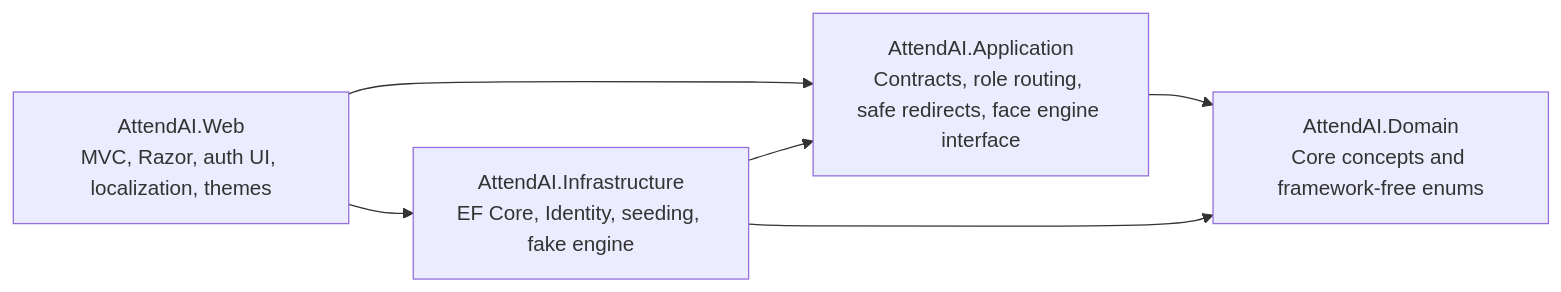
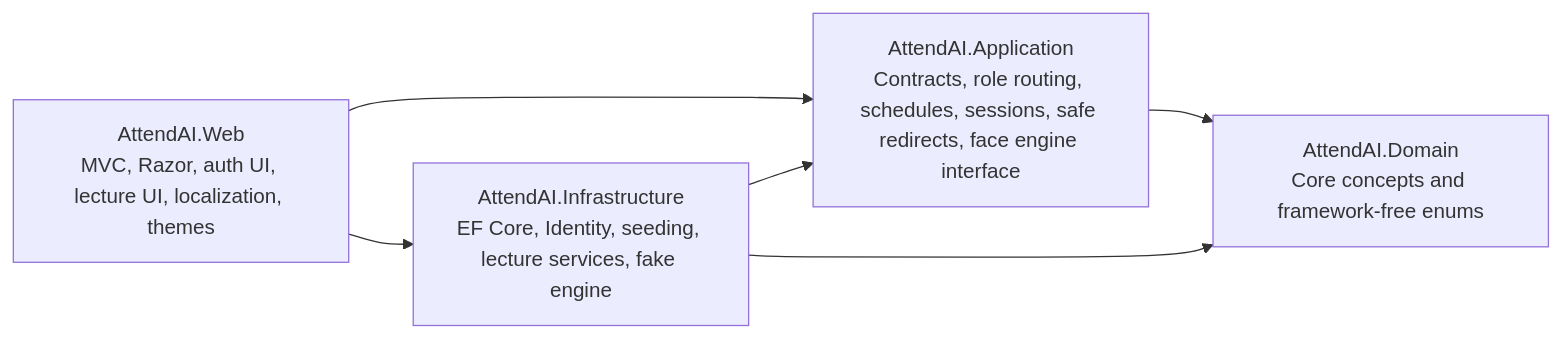
One commit to YazAj/SmartAtt changed the first of 4 diagrams in docs/02-System-Architecture.md. Above: the diagram before and after it, drawn with Mermaid. The commit also changed other lines of this file and 72 other files, not shown here.

````diff
--- a/docs/02-System-Architecture.md
+++ b/docs/02-System-Architecture.md
@@ -5,8 +5,8 @@
 ```mermaid
 flowchart LR
-    Web["AttendAI.Web\nMVC, Razor, auth UI, localization, themes"] --> Application["AttendAI.Application\nContracts, role routing, safe redirects, face engine interface"]
-    Web --> Infrastructure["AttendAI.Infrastructure\nEF Core, Identity, seeding, fake engine"]
+    Web["AttendAI.Web\nMVC, Razor, auth UI, lecture UI, localization, themes"] --> Application["AttendAI.Application\nContracts, role routing, schedules, sessions, safe redirects, face engine interface"]
+    Web --> Infrastructure["AttendAI.Infrastructure\nEF Core, Identity, seeding, lecture services, fake engine"]
     Infrastructure --> Application
     Infrastructure --> Domain["AttendAI.Domain\nCore concepts and framework-free enums"]
     Application --> Domain
 ```
````
